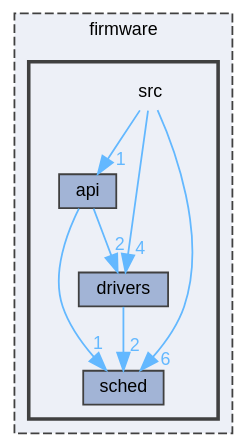
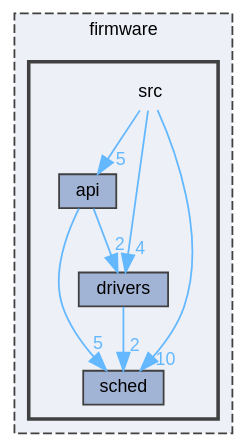
The diagram in dir_c898ccd6027d5da3247aa855d21ca2cf_dep.dot (Ghaadyy/elevator-controller), drawn with Graphviz before and after one commit. The commit also changed 651 other files, not shown here.

```diff
--- a/dir_c898ccd6027d5da3247aa855d21ca2cf_dep.dot
+++ b/dir_c898ccd6027d5da3247aa855d21ca2cf_dep.dot
@@ -1,24 +1,24 @@
 digraph "firmware/src"
 {
  // LATEX_PDF_SIZE
   bgcolor="transparent";
   edge [fontname=Helvetica,fontsize=10,labelfontname=Helvetica,labelfontsize=10];
   node [fontname=Helvetica,fontsize=10,shape=box,height=0.2,width=0.4];
   compound=true
   subgraph clusterdir_d9edf6c004b4a7ff14fe9ae7a92214ee {
     graph [ bgcolor="#edf0f7", pencolor="grey25", label="firmware", fontname=Helvetica,fontsize=10 style="filled,dashed", URL="dir_d9edf6c004b4a7ff14fe9ae7a92214ee.html",tooltip=""]
   subgraph clusterdir_c898ccd6027d5da3247aa855d21ca2cf {
     graph [ bgcolor="#edf0f7", pencolor="grey25", label="", fontname=Helvetica,fontsize=10 style="filled,bold", URL="dir_c898ccd6027d5da3247aa855d21ca2cf.html",tooltip=""]
     dir_c898ccd6027d5da3247aa855d21ca2cf [shape=plaintext, label="src"];
   dir_18ac01a18bb8b208f27c88345941c779 [label="api", fillcolor="#a2b4d6", color="grey25", style="filled", URL="dir_18ac01a18bb8b208f27c88345941c779.html",tooltip=""];
   dir_e200633b3c29dcc6afc0356839fb5e29 [label="drivers", fillcolor="#a2b4d6", color="grey25", style="filled", URL="dir_e200633b3c29dcc6afc0356839fb5e29.html",tooltip=""];
   dir_7823007820cfe4d1a4ad04f11c50e251 [label="sched", fillcolor="#a2b4d6", color="grey25", style="filled", URL="dir_7823007820cfe4d1a4ad04f11c50e251.html",tooltip=""];
   }
   }
-  dir_c898ccd6027d5da3247aa855d21ca2cf->dir_18ac01a18bb8b208f27c88345941c779 [headlabel="1", labeldistance=1.5 headhref="dir_000004_000000.html" href="dir_000004_000000.html" color="steelblue1" fontcolor="steelblue1"];
-  dir_c898ccd6027d5da3247aa855d21ca2cf->dir_7823007820cfe4d1a4ad04f11c50e251 [headlabel="6", labeldistance=1.5 headhref="dir_000004_000003.html" href="dir_000004_000003.html" color="steelblue1" fontcolor="steelblue1"];
+  dir_c898ccd6027d5da3247aa855d21ca2cf->dir_18ac01a18bb8b208f27c88345941c779 [headlabel="5", labeldistance=1.5 headhref="dir_000004_000000.html" href="dir_000004_000000.html" color="steelblue1" fontcolor="steelblue1"];
+  dir_c898ccd6027d5da3247aa855d21ca2cf->dir_7823007820cfe4d1a4ad04f11c50e251 [headlabel="10", labeldistance=1.5 headhref="dir_000004_000003.html" href="dir_000004_000003.html" color="steelblue1" fontcolor="steelblue1"];
   dir_c898ccd6027d5da3247aa855d21ca2cf->dir_e200633b3c29dcc6afc0356839fb5e29 [headlabel="4", labeldistance=1.5 headhref="dir_000004_000001.html" href="dir_000004_000001.html" color="steelblue1" fontcolor="steelblue1"];
-  dir_18ac01a18bb8b208f27c88345941c779->dir_7823007820cfe4d1a4ad04f11c50e251 [headlabel="1", labeldistance=1.5 headhref="dir_000000_000003.html" href="dir_000000_000003.html" color="steelblue1" fontcolor="steelblue1"];
+  dir_18ac01a18bb8b208f27c88345941c779->dir_7823007820cfe4d1a4ad04f11c50e251 [headlabel="5", labeldistance=1.5 headhref="dir_000000_000003.html" href="dir_000000_000003.html" color="steelblue1" fontcolor="steelblue1"];
   dir_18ac01a18bb8b208f27c88345941c779->dir_e200633b3c29dcc6afc0356839fb5e29 [headlabel="2", labeldistance=1.5 headhref="dir_000000_000001.html" href="dir_000000_000001.html" color="steelblue1" fontcolor="steelblue1"];
   dir_e200633b3c29dcc6afc0356839fb5e29->dir_7823007820cfe4d1a4ad04f11c50e251 [headlabel="2", labeldistance=1.5 headhref="dir_000001_000003.html" href="dir_000001_000003.html" color="steelblue1" fontcolor="steelblue1"];
 }
```
